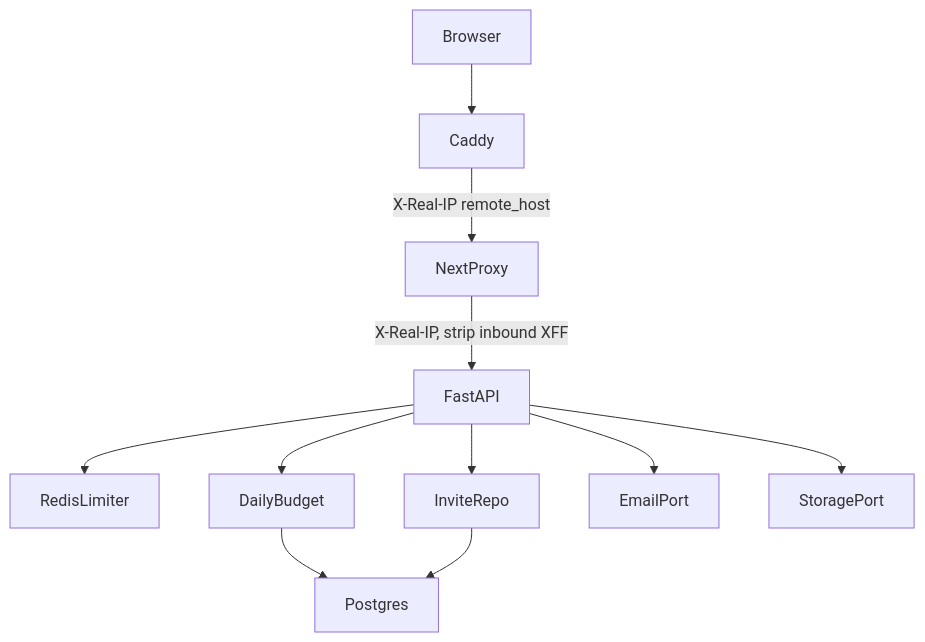
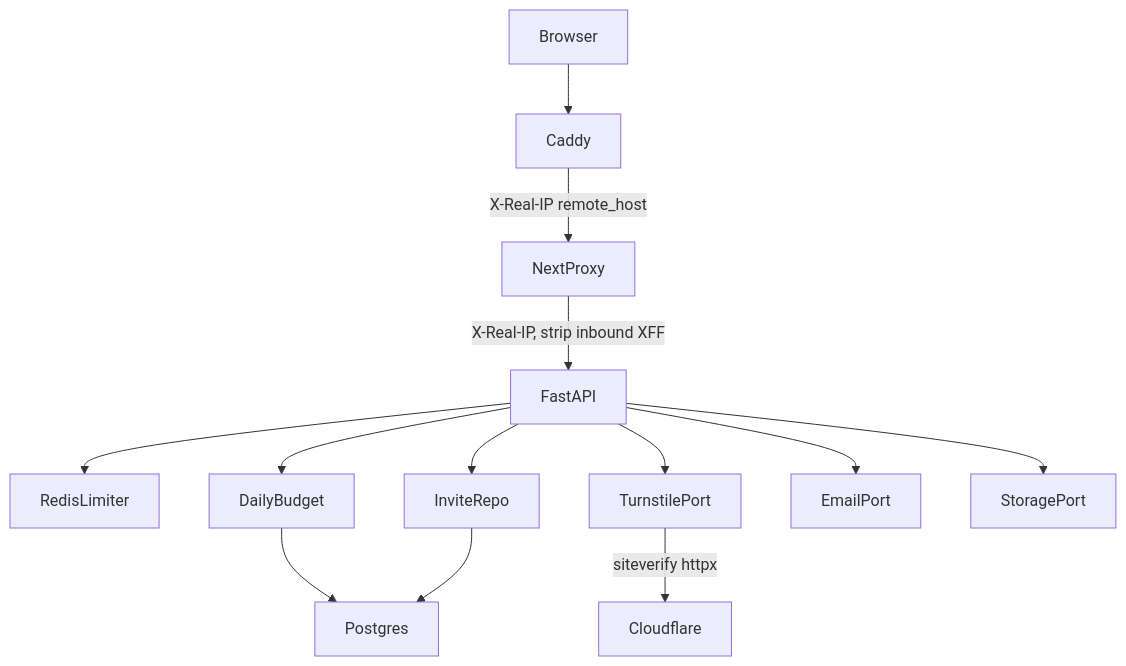
One commit to augusto-dmh/learny changed the diagram in .specs/features/safe-to-open-the-doors/design.md. Above: the diagram before and after it, drawn with Mermaid. The commit also changed other lines of this file and 18 other files, not shown here.

````diff
--- a/.specs/features/safe-to-open-the-doors/design.md
+++ b/.specs/features/safe-to-open-the-doors/design.md
@@ -24,13 +27,15 @@
 ```mermaid
 graph TD
   Browser --> Caddy
   Caddy -->|X-Real-IP remote_host| NextProxy
   NextProxy -->|X-Real-IP, strip inbound XFF| FastAPI
   FastAPI --> RedisLimiter
   FastAPI --> DailyBudget
   FastAPI --> InviteRepo
+  FastAPI --> TurnstilePort
   FastAPI --> EmailPort
   FastAPI --> StoragePort
   DailyBudget --> Postgres
   InviteRepo --> Postgres
+  TurnstilePort -->|siteverify httpx| Cloudflare
 ```
````
